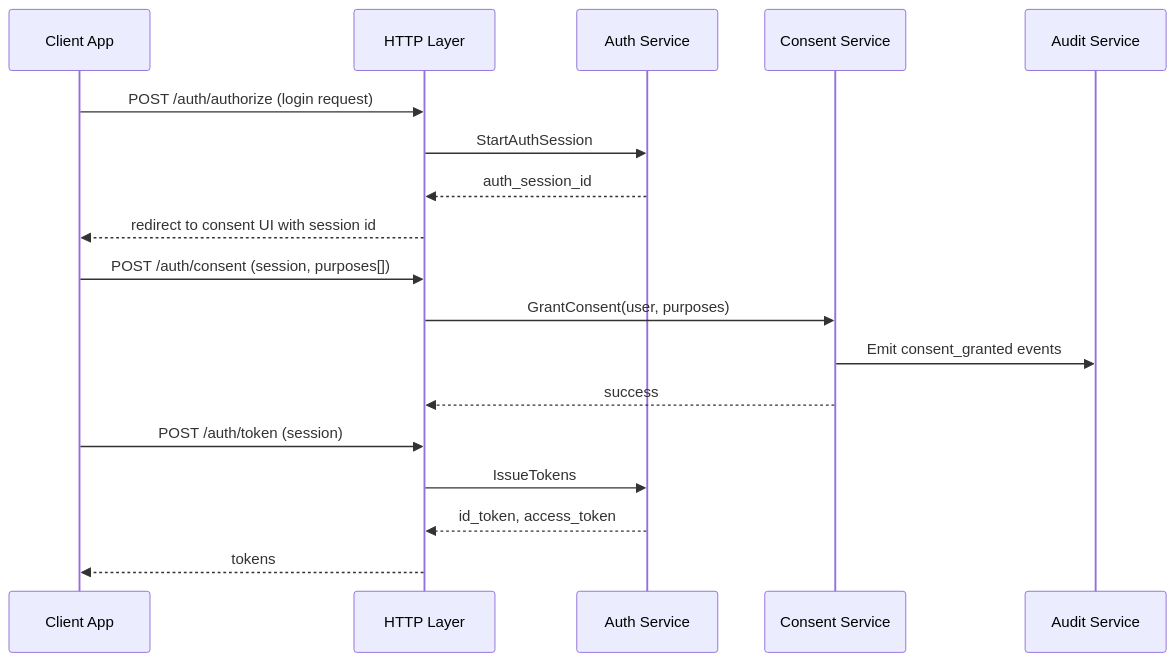
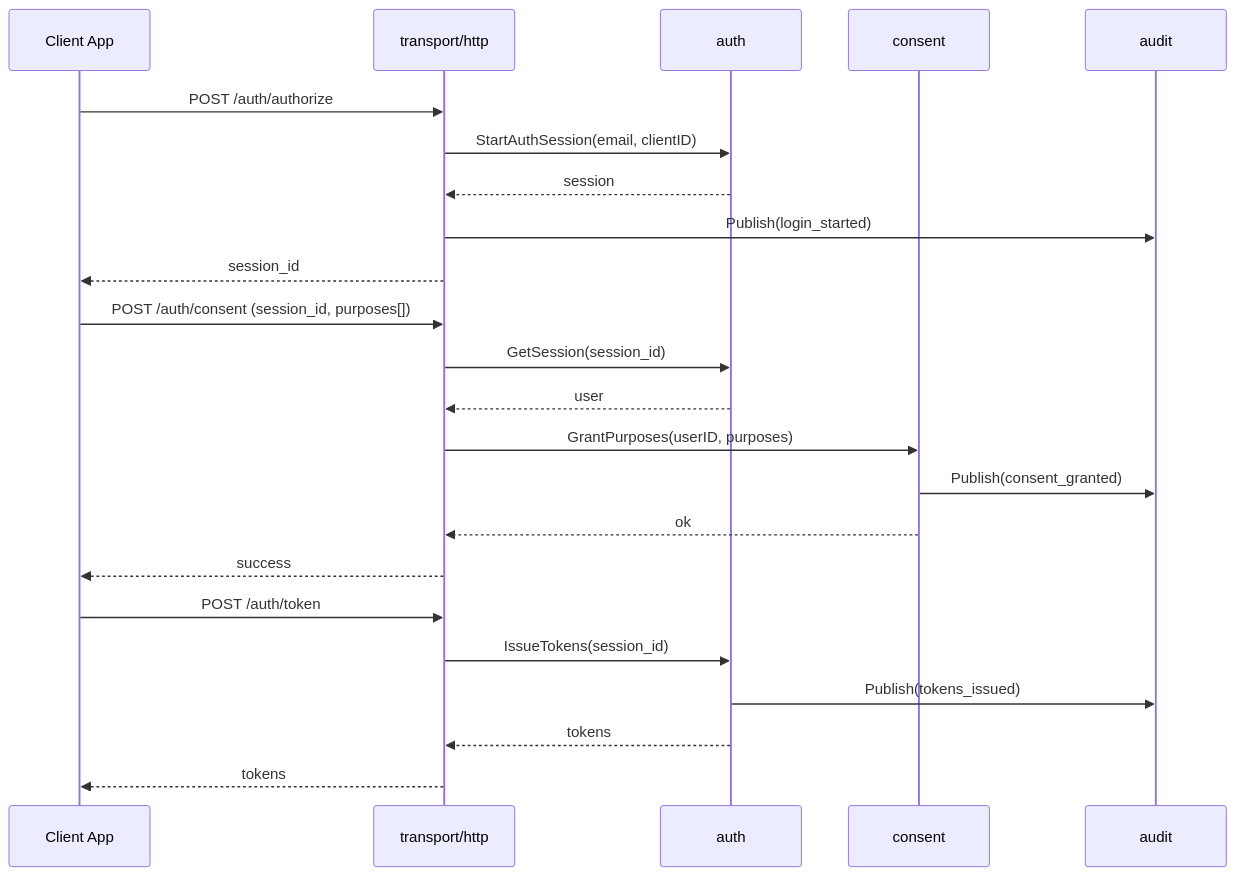
One commit to abramin/Credo changed the first of 4 diagrams in docs/architecture.md. Above: the diagram before and after it, drawn with Mermaid. The commit also changed other lines of this file and 59 other files, not shown here.

````diff
--- a/docs/architecture.md
+++ b/docs/architecture.md
@@ -261,23 +430,28 @@
 ```mermaid
 sequenceDiagram
     participant App as Client App
-    participant API as HTTP Layer
-    participant Auth as Auth Service
-    participant Consent as Consent Service
-    participant Audit as Audit Service
+    participant HTTP as transport/http
+    participant Auth as auth
+    participant Consent as consent
+    participant Audit as audit
 
-    App->>API: POST /auth/authorize (login request)
-    API->>Auth: StartAuthSession
-    Auth-->>API: auth_session_id
-    API-->>App: redirect to consent UI with session id
+    App->>HTTP: POST /auth/authorize
+    HTTP->>Auth: StartAuthSession(email, clientID)
+    Auth-->>HTTP: session
+    HTTP->>Audit: Publish(login_started)
+    HTTP-->>App: session_id
 
-    App->>API: POST /auth/consent (session, purposes[])
-    API->>Consent: GrantConsent(user, purposes)
-    Consent->>Audit: Emit consent_granted events
-    Consent-->>API: success
+    App->>HTTP: POST /auth/consent (session_id, purposes[])
+    HTTP->>Auth: GetSession(session_id)
+    Auth-->>HTTP: user
+    HTTP->>Consent: GrantPurposes(userID, purposes)
+    Consent->>Audit: Publish(consent_granted)
+    Consent-->>HTTP: ok
+    HTTP-->>App: success
 
-    App->>API: POST /auth/token (session)
-    API->>Auth: IssueTokens
-    Auth-->>API: id_token, access_token
-    API-->>App: tokens
+    App->>HTTP: POST /auth/token
+    HTTP->>Auth: IssueTokens(session_id)
+    Auth->>Audit: Publish(tokens_issued)
+    Auth-->>HTTP: tokens
+    HTTP-->>App: tokens
 ```
````
